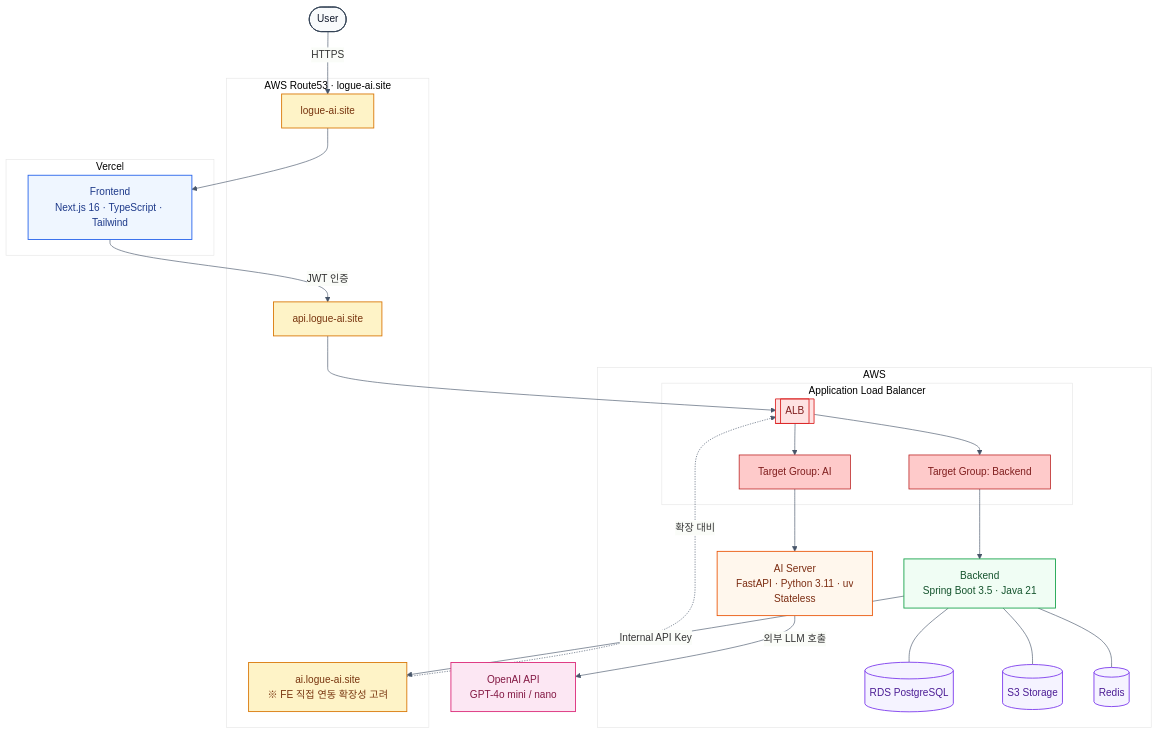
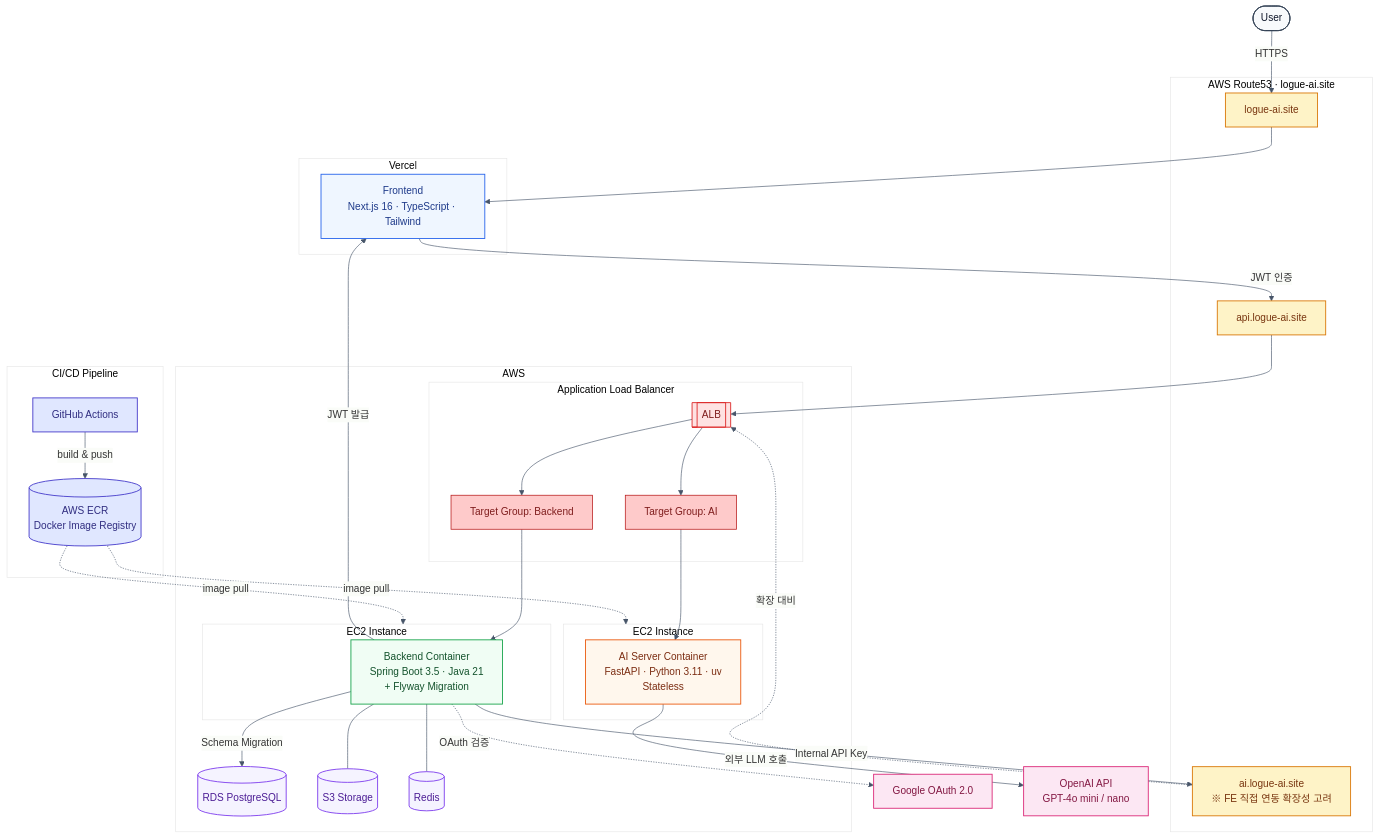
Before and after one commit to 26-ewha-capstone-logue/logue: the fifth of 5 diagrams in docs/elevator_speech.md, drawn with Mermaid. The commit also changed other lines of this file, not shown here.

````diff
--- a/docs/elevator_speech.md
+++ b/docs/elevator_speech.md
@@ -230,6 +230,13 @@
 %%{init: {"theme": "base", "themeVariables": {"fontFamily": "Pretendard, Inter, sans-serif", "primaryColor": "#F8FAFC", "primaryBorderColor": "#334155", "lineColor": "#475569", "textColor": "#0F172A"}}}%%
 flowchart TB
     User([User])
+    Google["Google OAuth 2.0"]
+
+    subgraph CICD["CI/CD Pipeline"]
+        GH["GitHub Actions"]
+        ECR[("AWS ECR<br/>Docker Image Registry")]
+        GH -- "build & push" --> ECR
+    end
 
     subgraph DNS["AWS Route53 · logue-ai.site"]
         R_FE["logue-ai.site"]
@@ -250,8 +257,13 @@
             ALB --> TG_AI
         end
 
-        BE["Backend<br/>Spring Boot 3.5 · Java 21"]
-        AI["AI Server<br/>FastAPI · Python 3.11 · uv<br/>Stateless"]
+        subgraph BE_INST["EC2 Instance"]
+            BE["Backend Container<br/>Spring Boot 3.5 · Java 21<br/>+ Flyway Migration"]
+        end
+
+        subgraph AI_INST["EC2 Instance"]
+            AI["AI Server Container<br/>FastAPI · Python 3.11 · uv<br/>Stateless"]
+        end
 
         DB[("RDS PostgreSQL")]
         S3[("S3 Storage")]
@@ -270,13 +282,19 @@
     R_BE --> ALB
     R_AI -.확장 대비.-> ALB
 
+    BE -. "OAuth 검증" .-> Google
+    BE -- "JWT 발급" --> FE
+
     BE -- "Internal API Key" --> R_AI
 
-    BE --- DB
+    BE -- "Schema Migration" --> DB
     BE --- S3
     BE --- REDIS
 
     AI -- "외부 LLM 호출" --> LLM
+
+    ECR -. "image pull" .-> BE_INST
+    ECR -. "image pull" .-> AI_INST
 
     classDef user fill:#F8FAFC,stroke:#334155,color:#0F172A,stroke-width:1.4px;
     classDef dns fill:#FEF3C7,stroke:#D97706,color:#78350F,stroke-width:1.4px;
@@ -287,6 +305,8 @@
     classDef alb fill:#FEE2E2,stroke:#DC2626,color:#7F1D1D,stroke-width:1.4px;
     classDef tg fill:#FECACA,stroke:#B91C1C,color:#7F1D1D,stroke-width:1.2px;
     classDef ext fill:#FCE7F3,stroke:#DB2777,color:#831843,stroke-width:1.4px;
+    classDef cicd fill:#E0E7FF,stroke:#4338CA,color:#312E81,stroke-width:1.4px;
+    classDef inst fill:#F1F5F9,stroke:#64748B,color:#0F172A,stroke-width:1.2px,stroke-dasharray: 4 3;
 
     class User user;
     class R_FE,R_BE,R_AI dns;
@@ -296,5 +316,6 @@
     class DB,S3,REDIS store;
     class ALB alb;
     class TG_BE,TG_AI tg;
-    class LLM ext;
+    class LLM,Google ext;
+    class GH,ECR cicd;
 ```
````
